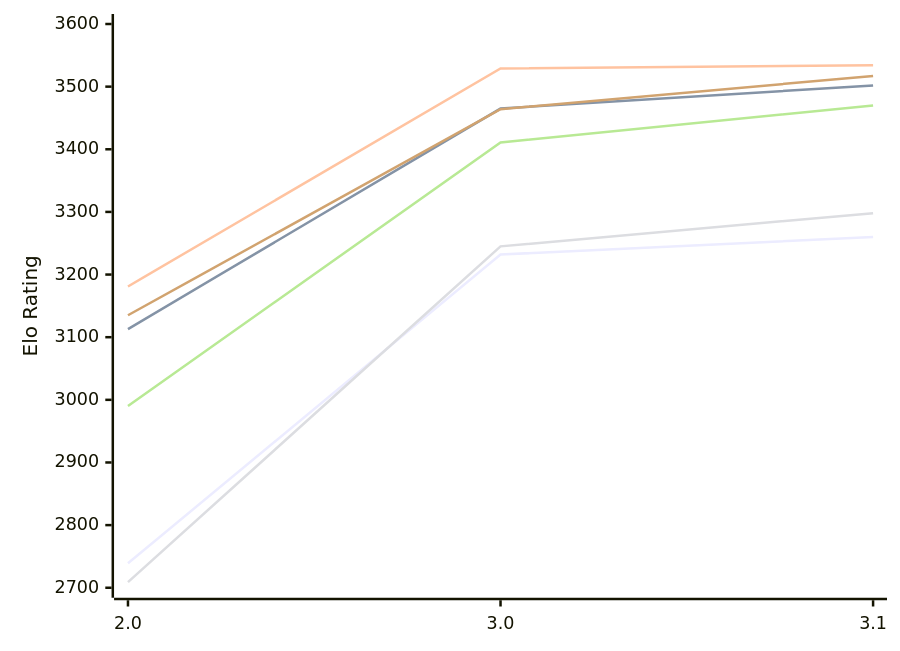
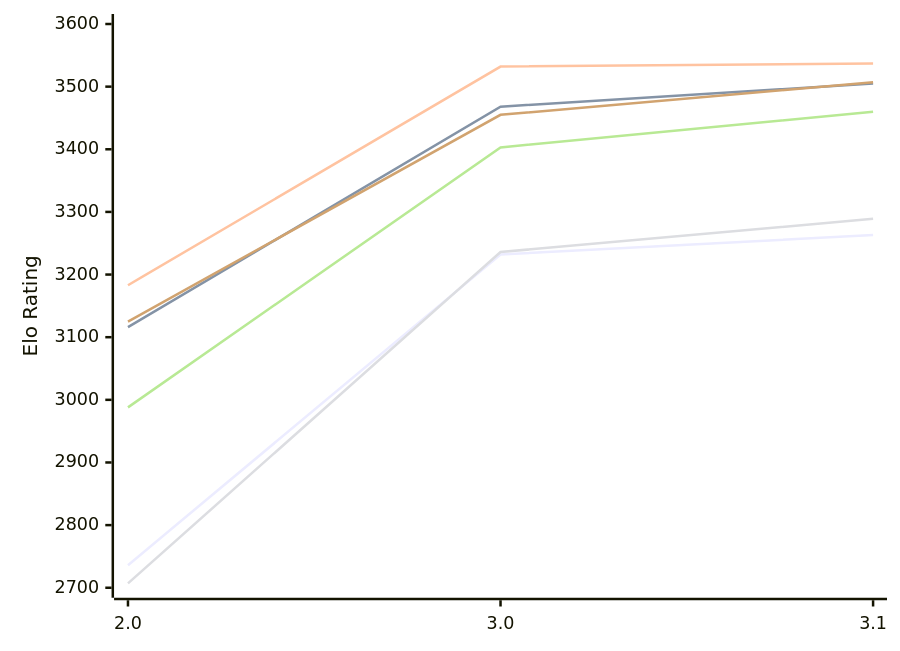
Before and after one commit to computer-chess-index/cci: the diagram in engines/Funcomp.md, drawn with Mermaid. The commit also changed other lines of this file, not shown here.

Commit message:
Update CCI Ratings (ELO VLTC) - 2026-11-15

````diff
--- a/engines/Funcomp.md
+++ b/engines/Funcomp.md
@@ -51,12 +51,12 @@
 ```mermaid
 %%{init: {"theme":"base","themeVariables":{"seriesColors:['#a3a3a3','#222221','#faa371']}}}%%
 xychart-beta
   x-axis ["2.0", "3.0", "3.1"]
   y-axis "Elo Rating" 2700 --> 3600
-  line "E1: STC (8.0+0.08s)" [2739, 3232, 3260]
-  line "E1: LTC (60.0+0.60s)" [3113, 3465, 3502]
-  line "E1: VLTC (2m24s+1.12s)" [3181, 3529, 3534]
-  line "P1: STC (8.0+0.08s)" [2709, 3245, 3298]
-  line "P1: LTC (60.0+0.60s)" [2990, 3411, 3470]
-  line "P1: VLTC (2m24s+1.12s)" [3135, 3464, 3517]
+  line "E1: STC (8.0+0.08s)" [2736, 3232, 3263]
+  line "E1: LTC (60.0+0.60s)" [3116, 3468, 3505]
+  line "E1: VLTC (2m24s+1.12s)" [3183, 3532, 3537]
+  line "P1: STC (8.0+0.08s)" [2707, 3236, 3289]
+  line "P1: LTC (60.0+0.60s)" [2988, 3403, 3460]
+  line "P1: VLTC (2m24s+1.12s)" [3125, 3455, 3507]
 ```
````
